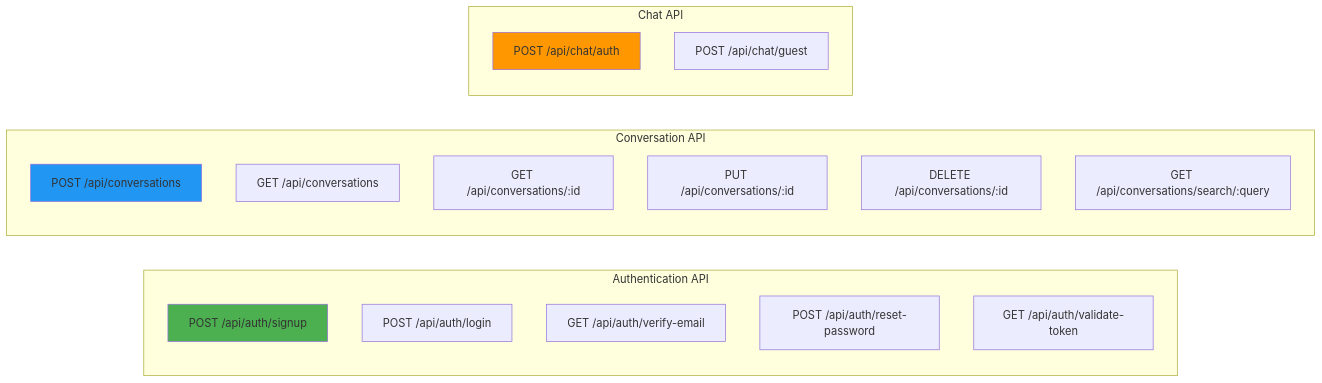
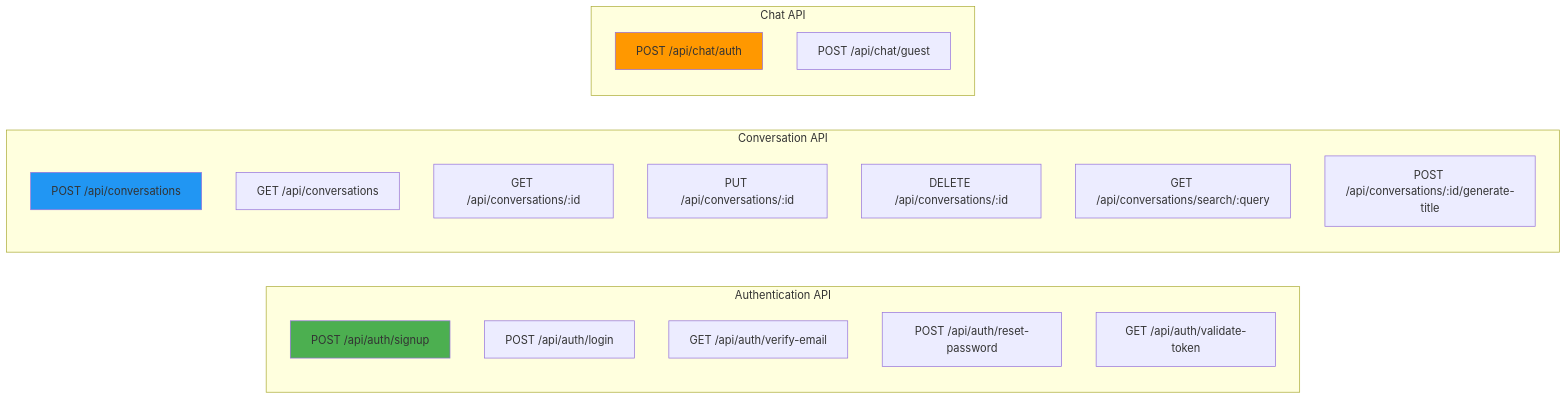
Before and after one commit to hoangsonww/AI-RAG-Assistant-Chatbot: the seventh of 30 diagrams in ARCHITECTURE.md, drawn with Mermaid. The commit also changed other lines of this file and 14 other files, not shown here.

````diff
--- a/ARCHITECTURE.md
+++ b/ARCHITECTURE.md
@@ -360,28 +361,29 @@
 ```mermaid
 graph LR
     subgraph "Authentication API"
         POST_Signup[POST /api/auth/signup]
         POST_Login[POST /api/auth/login]
         GET_Verify[GET /api/auth/verify-email]
         POST_Reset[POST /api/auth/reset-password]
         GET_Validate[GET /api/auth/validate-token]
     end
 
     subgraph "Conversation API"
         POST_Conv[POST /api/conversations]
         GET_Convs[GET /api/conversations]
         GET_Conv[GET /api/conversations/:id]
         PUT_Conv[PUT /api/conversations/:id]
         DELETE_Conv[DELETE /api/conversations/:id]
         GET_Search[GET /api/conversations/search/:query]
+        POST_GenTitle[POST /api/conversations/:id/generate-title]
     end
 
     subgraph "Chat API"
         POST_AuthChat[POST /api/chat/auth]
         POST_GuestChat[POST /api/chat/guest]
     end
 
     style POST_Signup fill:#4CAF50
     style POST_AuthChat fill:#FF9800
     style POST_Conv fill:#2196F3
 ```
````
